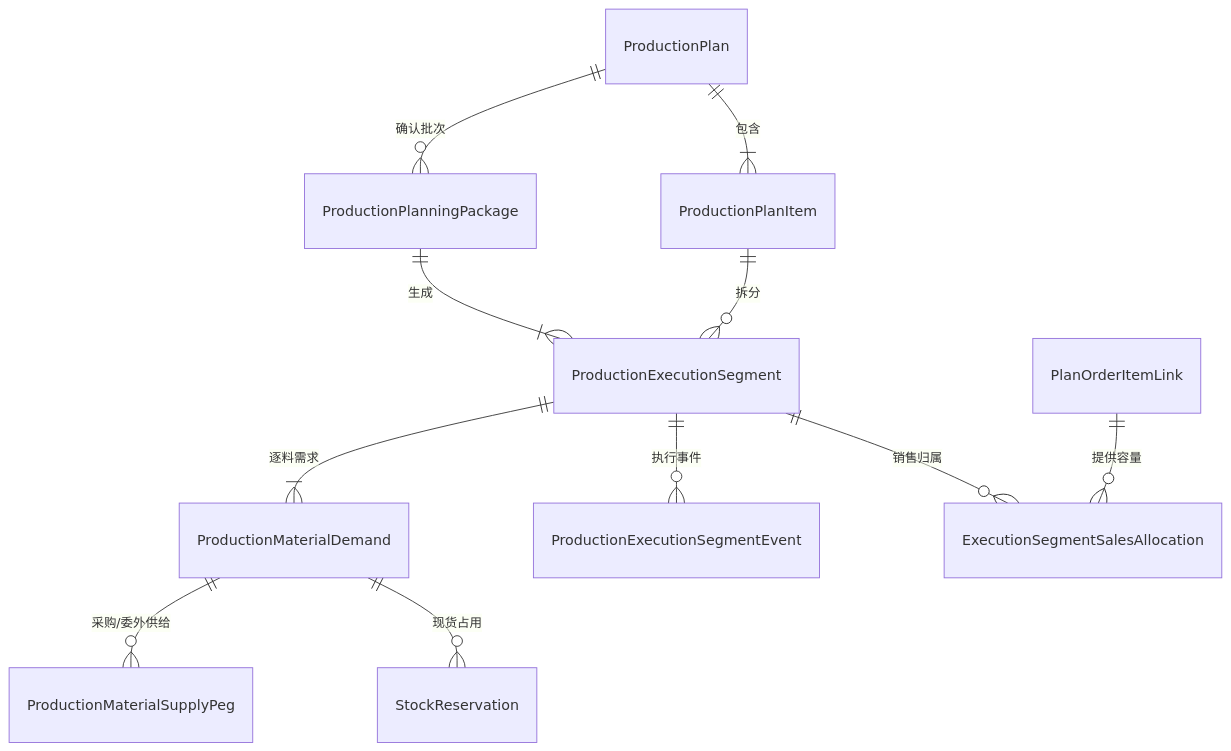
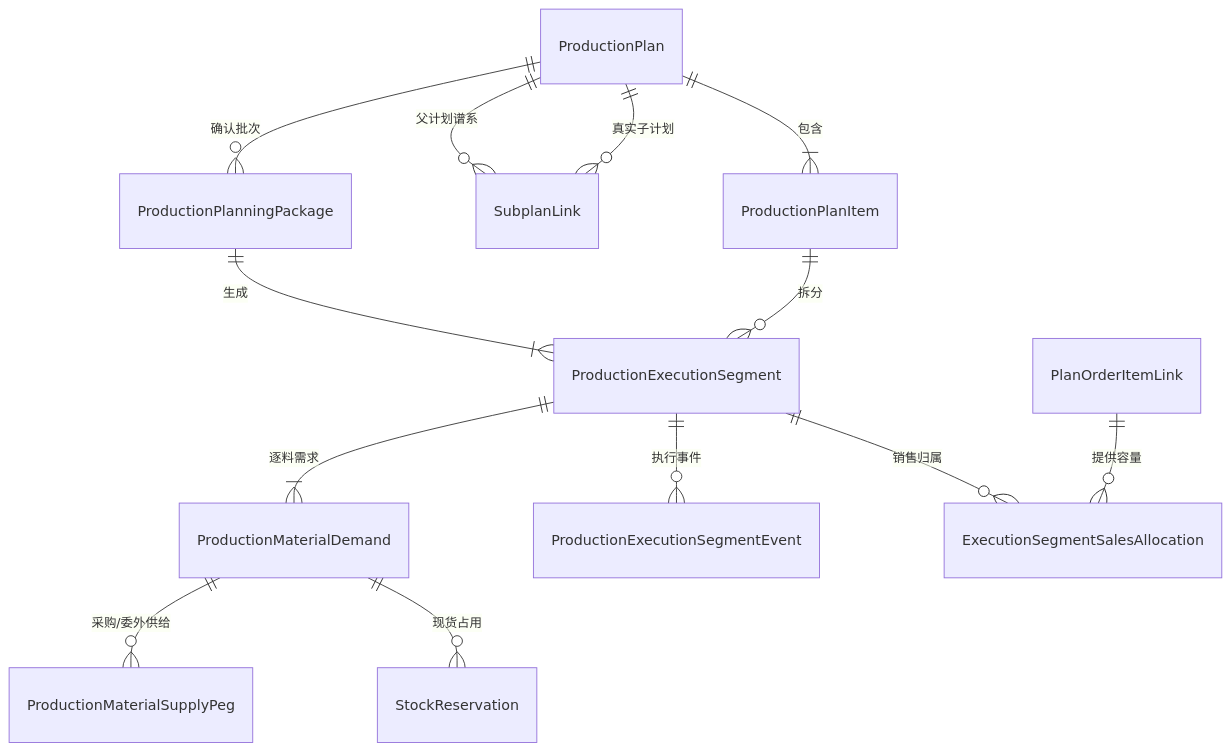
Before and after one commit to BruceChu0424/utenelec_imp: the eighth of 13 diagrams in docs/04-数据模型/ER草图.md, drawn with Mermaid. The commit also changed other lines of this file and 426 other files, not shown here.

````diff
--- a/docs/04-数据模型/ER草图.md
+++ b/docs/04-数据模型/ER草图.md
@@ -113,13 +125,15 @@
 ```mermaid
 erDiagram
     ProductionPlan ||--|{ ProductionPlanItem : "包含"
+    ProductionPlan ||--o{ SubplanLink : "父计划谱系"
+    SubplanLink }o--|| ProductionPlan : "真实子计划"
     ProductionPlan ||--o{ ProductionPlanningPackage : "确认批次"
     ProductionPlanningPackage ||--|{ ProductionExecutionSegment : "生成"
     ProductionPlanItem ||--o{ ProductionExecutionSegment : "拆分"
     ProductionExecutionSegment ||--|{ ProductionMaterialDemand : "逐料需求"
     ProductionMaterialDemand ||--o{ ProductionMaterialSupplyPeg : "采购/委外供给"
     ProductionMaterialDemand ||--o{ StockReservation : "现货占用"
     ProductionExecutionSegment ||--o{ ProductionExecutionSegmentEvent : "执行事件"
     ProductionExecutionSegment ||--o{ ExecutionSegmentSalesAllocation : "销售归属"
     PlanOrderItemLink ||--o{ ExecutionSegmentSalesAllocation : "提供容量"
 ```
````
